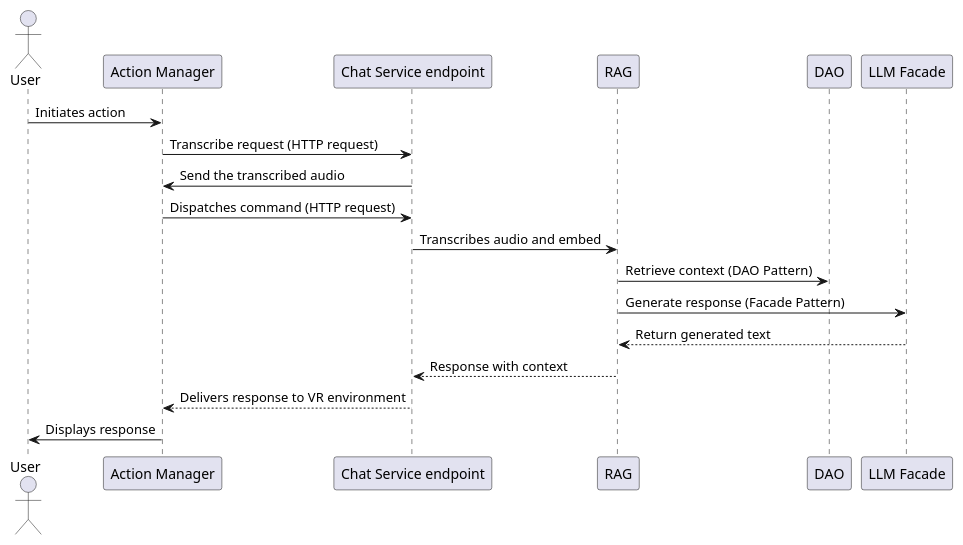
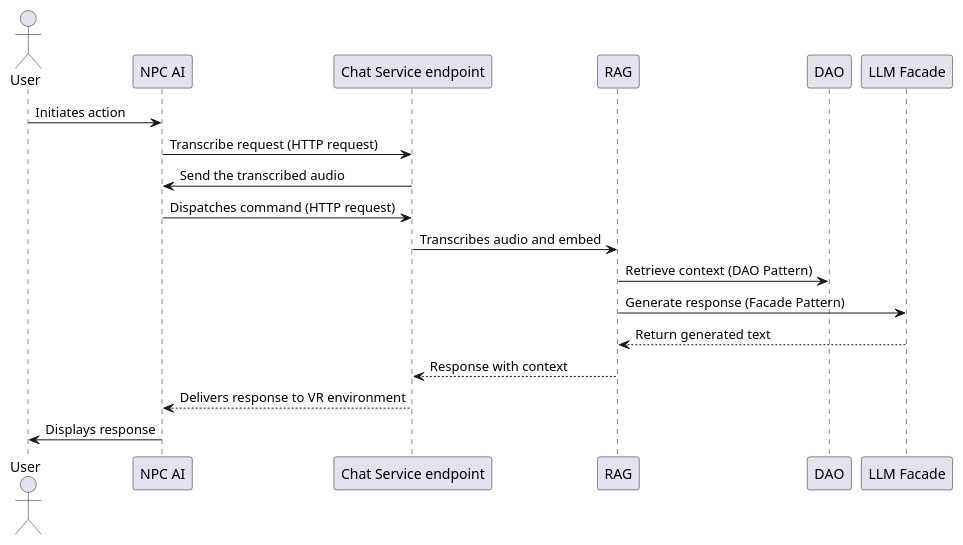
One commit to IMTEL/RAGdoll changed the diagram in docs/architecture/diagrams/process.puml. Above: the diagram before and after it, drawn with PlantUML.

Commit message:
fix: change "actionmanager" to "NPC AI" in the process diagram

```diff
--- a/docs/architecture/diagrams/process.puml
+++ b/docs/architecture/diagrams/process.puml
@@ -1,20 +1,20 @@
 @startuml ProcessView
 actor User
-participant "Action Manager" as AM
+participant "NPC AI" as AM
 participant "Chat Service endpoint" as CSM
 participant "RAG" as RAG
 participant "DAO" as DAO
 participant "LLM Facade" as LLM
 
 User -> AM: Initiates action
 AM -> CSM: Transcribe request (HTTP request)
 CSM -> AM: Send the transcribed audio
 AM -> CSM: Dispatches command (HTTP request)
 CSM -> RAG: Transcribes audio and embed
 RAG -> DAO: Retrieve context (DAO Pattern)
 RAG -> LLM: Generate response (Facade Pattern)
 LLM --> RAG: Return generated text
 RAG --> CSM: Response with context
 CSM --> AM: Delivers response to VR environment
 AM -> User: Displays response
 @enduml
```
